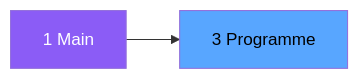
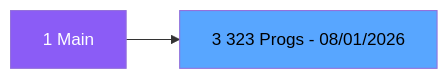
Before and after one commit to thonyAGP/magic-migration: the second of 3 diagrams in .openspec/specs/ADH-IDE-3.md, drawn with Mermaid. The commit also changed other lines of this file and 323 other files, not shown here.

````diff
--- a/.openspec/specs/ADH-IDE-3.md
+++ b/.openspec/specs/ADH-IDE-3.md
@@ -98,8 +105,8 @@
 ```mermaid
 graph LR
     M[1 Main]
-    T[3 Programme]
+    T[3 323 Progs - 08/01/2026]
     M --> T
     style M fill:#8b5cf6,color:#fff
     style T fill:#58a6ff,color:#000
 ```
````
